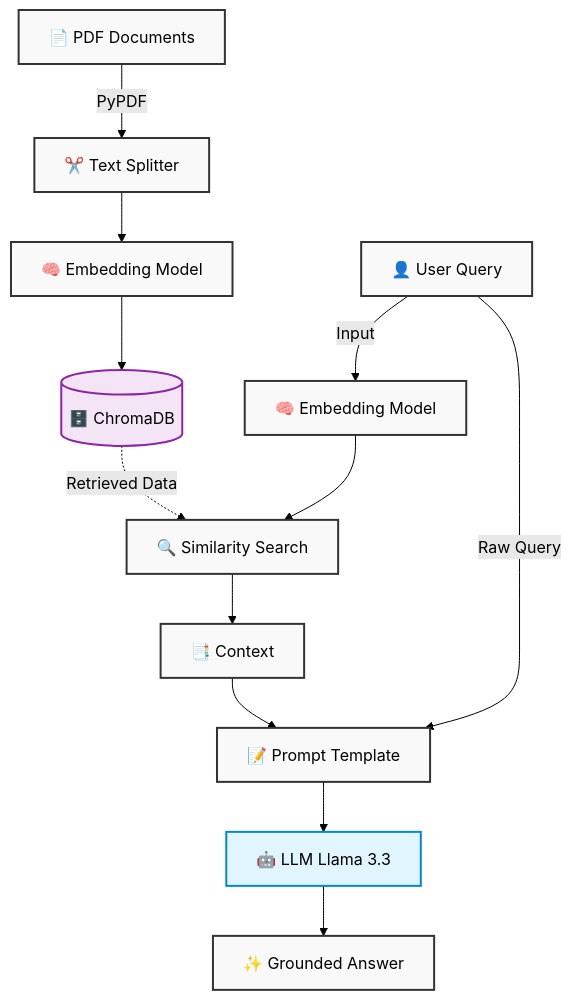
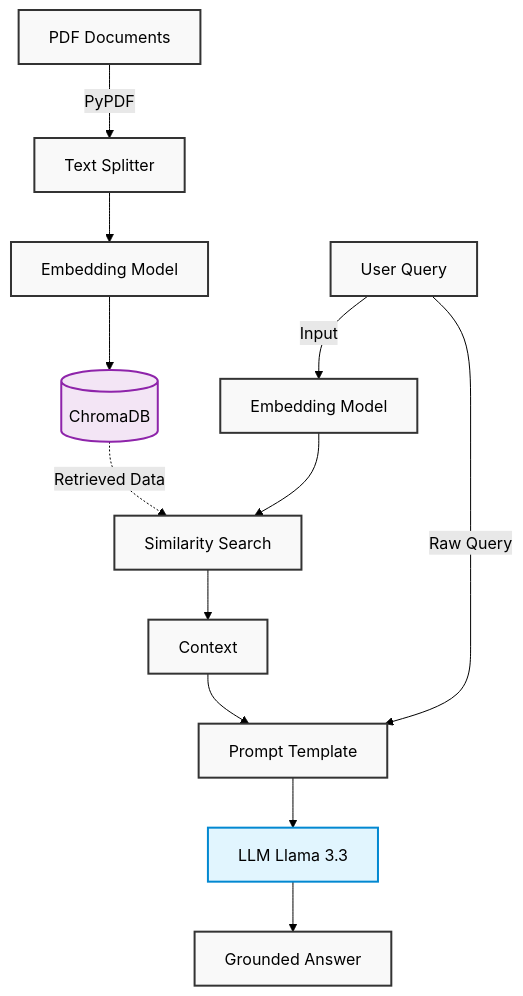
The diagram in README.md (Roshann78/Legal-Assist-Chatbot), drawn with Mermaid (forest theme) before and after one commit. The commit also changed other lines of this file, not shown here.

````diff
--- a/README.md
+++ b/README.md
@@ -31,20 +31,20 @@
 ```mermaid
 graph TD
     %% Styling
     classDef default fill:#f9f9f9,stroke:#333,stroke-width:2px;
     classDef highlight fill:#e1f5fe,stroke:#0288d1,stroke-width:2px;
     classDef db fill:#f3e5f5,stroke:#8e24aa,stroke-width:2px;
 
-    A[📄 PDF Documents] -->|PyPDF| B[✂️ Text Splitter]
-    B --> C[🧠 Embedding Model]
-    C --> D[(🗄️ ChromaDB)]:::db
+    A[PDF Documents] -->|PyPDF| B[Text Splitter]
+    B --> C[Embedding Model]
+    C --> D[(ChromaDB)]:::db
     
-    F[👤 User Query] -->|Input| G[🧠 Embedding Model]
-    G --> H[🔍 Similarity Search]
+    F[User Query] -->|Input| G[Embedding Model]
+    G --> H[Similarity Search]
     D -.->|Retrieved Data| H
-    H --> I[📑 Context]
-    I --> J[📝 Prompt Template]
+    H --> I[Context]
+    I --> J[Prompt Template]
     F -->|Raw Query| J
-    J --> K[🤖 LLM Llama 3.3]:::highlight
-    K --> L[✨ Grounded Answer]
+    J --> K[LLM Llama 3.3]:::highlight
+    K --> L[Grounded Answer]
 ```
````
